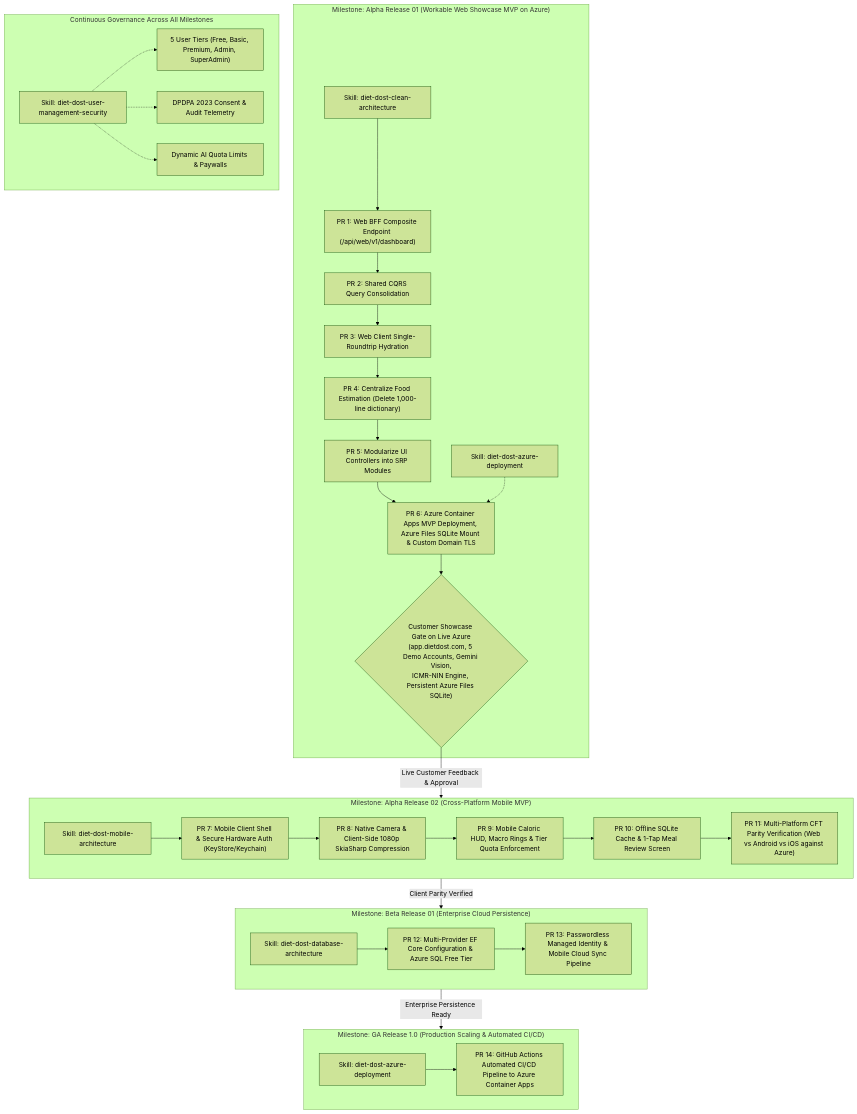
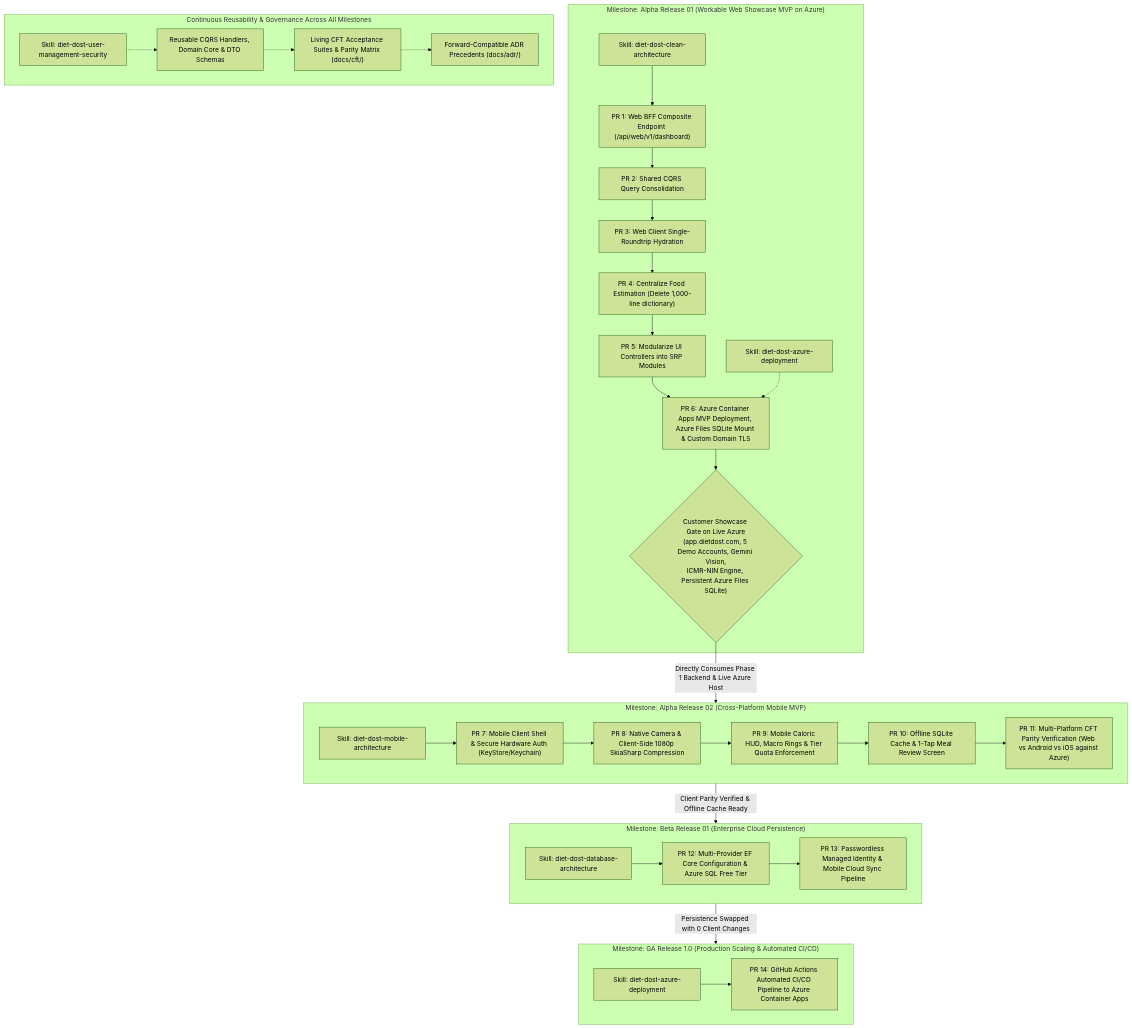
One commit to nikunjbanker/diet-dost changed the diagram in docs/sdd/09_master_implementation_roadmap_and_execution_sequence.md. Above: the diagram before and after it, drawn with Mermaid (forest theme). The commit also changed other lines of this file and 7 other files, not shown here.

First line of the commit message:
docs(roadmap): mandate cross-phase code, CFT, and ADR reusability in concert with future roadmap

````diff
--- a/docs/sdd/09_master_implementation_roadmap_and_execution_sequence.md
+++ b/docs/sdd/09_master_implementation_roadmap_and_execution_sequence.md
@@ -34,60 +54,60 @@
 ```mermaid
 graph TD
     subgraph MILESTONE_ALPHA1 ["Milestone: Alpha Release 01 (Workable Web Showcase MVP on Azure)"]
         SKILL_CLEAN["Skill: diet-dost-clean-architecture"]
         SKILL_DEPLOY_ALPHA["Skill: diet-dost-azure-deployment"]
         PR1["PR 1: Web BFF Composite Endpoint (/api/web/v1/dashboard)"]
         PR2["PR 2: Shared CQRS Query Consolidation"]
         PR3["PR 3: Web Client Single-Roundtrip Hydration"]
         PR4["PR 4: Centralize Food Estimation (Delete 1,000-line dictionary)"]
         PR5["PR 5: Modularize UI Controllers into SRP Modules"]
         PR6["PR 6: Azure Container Apps MVP Deployment, Azure Files SQLite Mount & Custom Domain TLS"]
         
         SKILL_CLEAN --> PR1 --> PR2 --> PR3 --> PR4 --> PR5
         PR5 --> PR6
         SKILL_DEPLOY_ALPHA -.-> PR6
         DEMO_GATE{"Customer Showcase Gate on Live Azure\n(app.dietdost.com, 5 Demo Accounts, Gemini Vision,\nICMR-NIN Engine, Persistent Azure Files SQLite)"}
         PR6 --> DEMO_GATE
     end
 
     subgraph MILESTONE_ALPHA2 ["Milestone: Alpha Release 02 (Cross-Platform Mobile MVP)"]
         SKILL_MOBILE["Skill: diet-dost-mobile-architecture"]
         PR7["PR 7: Mobile Client Shell & Secure Hardware Auth (KeyStore/Keychain)"]
         PR8["PR 8: Native Camera & Client-Side 1080p SkiaSharp Compression"]
         PR9["PR 9: Mobile Caloric HUD, Macro Rings & Tier Quota Enforcement"]
         PR10["PR 10: Offline SQLite Cache & 1-Tap Meal Review Screen"]
         PR11["PR 11: Multi-Platform CFT Parity Verification (Web vs Android vs iOS against Azure)"]
 
         SKILL_MOBILE --> PR7 --> PR8 --> PR9 --> PR10 --> PR11
     end
 
     subgraph MILESTONE_BETA1 ["Milestone: Beta Release 01 (Enterprise Cloud Persistence)"]
         SKILL_DB["Skill: diet-dost-database-architecture"]
         PR12["PR 12: Multi-Provider EF Core Configuration & Azure SQL Free Tier"]
         PR13["PR 13: Passwordless Managed Identity & Mobile Cloud Sync Pipeline"]
 
         SKILL_DB --> PR12 --> PR13
     end
 
     subgraph MILESTONE_GA1 ["Milestone: GA Release 1.0 (Production Scaling & Automated CI/CD)"]
         SKILL_DEPLOY["Skill: diet-dost-azure-deployment"]
         PR14["PR 14: GitHub Actions Automated CI/CD Pipeline to Azure Container Apps"]
 
         SKILL_DEPLOY --> PR14
     end
 
-    subgraph GOVERNANCE ["Continuous Governance Across All Milestones"]
+    subgraph REUSABILITY_PILLARS ["Continuous Reusability & Governance Across All Milestones"]
         SKILL_SEC["Skill: diet-dost-user-management-security"]
-        GOV1["5 User Tiers (Free, Basic, Premium, Admin, SuperAdmin)"]
-        GOV2["DPDPA 2023 Consent & Audit Telemetry"]
-        GOV3["Dynamic AI Quota Limits & Paywalls"]
+        REUSE_CODE["Reusable CQRS Handlers, Domain Core & DTO Schemas"]
+        REUSE_CFT["Living CFT Acceptance Suites & Parity Matrix (docs/cft/)"]
+        REUSE_ADR["Forward-Compatible ADR Precedents (docs/adr/)"]
         
-        SKILL_SEC -.-> GOV1
-        SKILL_SEC -.-> GOV2
-        SKILL_SEC -.-> GOV3
+        SKILL_SEC -.-> REUSE_CODE
+        REUSE_CODE -.-> REUSE_CFT
+        REUSE_CFT -.-> REUSE_ADR
     end
 
-    DEMO_GATE -->|"Live Customer Feedback & Approval"| MILESTONE_ALPHA2
-    MILESTONE_ALPHA2 -->|"Client Parity Verified"| MILESTONE_BETA1
-    MILESTONE_BETA1 -->|"Enterprise Persistence Ready"| MILESTONE_GA1
+    DEMO_GATE -->|"Directly Consumes Phase 1 Backend & Live Azure Host"| MILESTONE_ALPHA2
+    MILESTONE_ALPHA2 -->|"Client Parity Verified & Offline Cache Ready"| MILESTONE_BETA1
+    MILESTONE_BETA1 -->|"Persistence Swapped with 0 Client Changes"| MILESTONE_GA1
 ```
````
